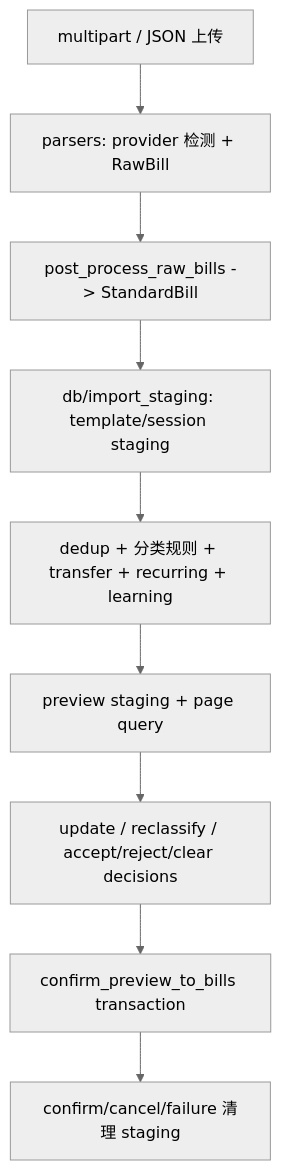
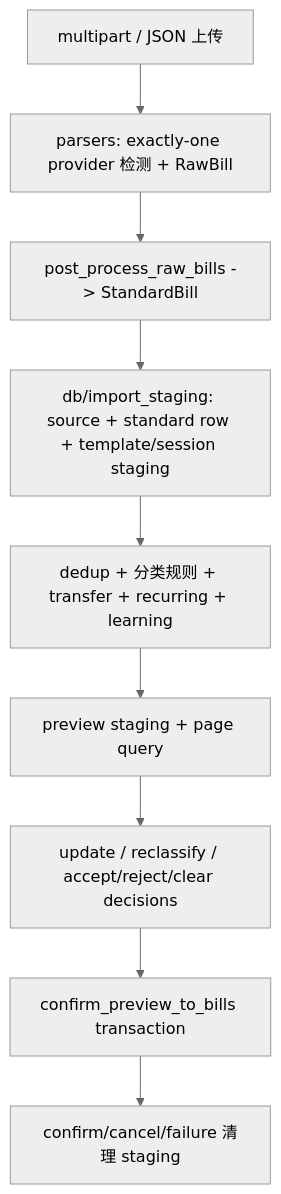
The third of 4 diagrams in docs/backend-map.md (hcy0317/bill_analyser), drawn with Mermaid (neutral theme) before and after one commit. The commit also changed other lines of this file and 20 other files, not shown here.

````diff
--- a/docs/backend-map.md
+++ b/docs/backend-map.md
@@ -68,11 +68,11 @@
 ```mermaid
 flowchart TD
-  Upload["multipart / JSON 上传"] --> Parse["parsers: provider 检测 + RawBill"]
+  Upload["multipart / JSON 上传"] --> Parse["parsers: exactly-one provider 检测 + RawBill"]
   Parse --> Standard["post_process_raw_bills -> StandardBill"]
-  Standard --> Template["db/import_staging: template/session staging"]
+  Standard --> Template["db/import_staging: source + standard row + template/session staging"]
   Template --> Decisions["dedup + 分类规则 + transfer + recurring + learning"]
   Decisions --> Preview["preview staging + page query"]
   Preview --> Mutations["update / reclassify / accept/reject/clear decisions"]
   Mutations --> Confirm["confirm_preview_to_bills transaction"]
   Confirm --> Cleanup["confirm/cancel/failure 清理 staging"]
 ```
````
